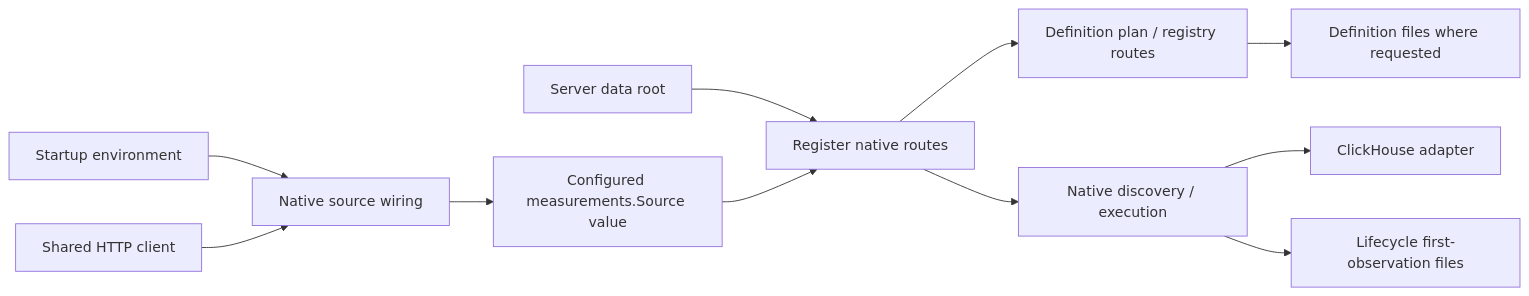
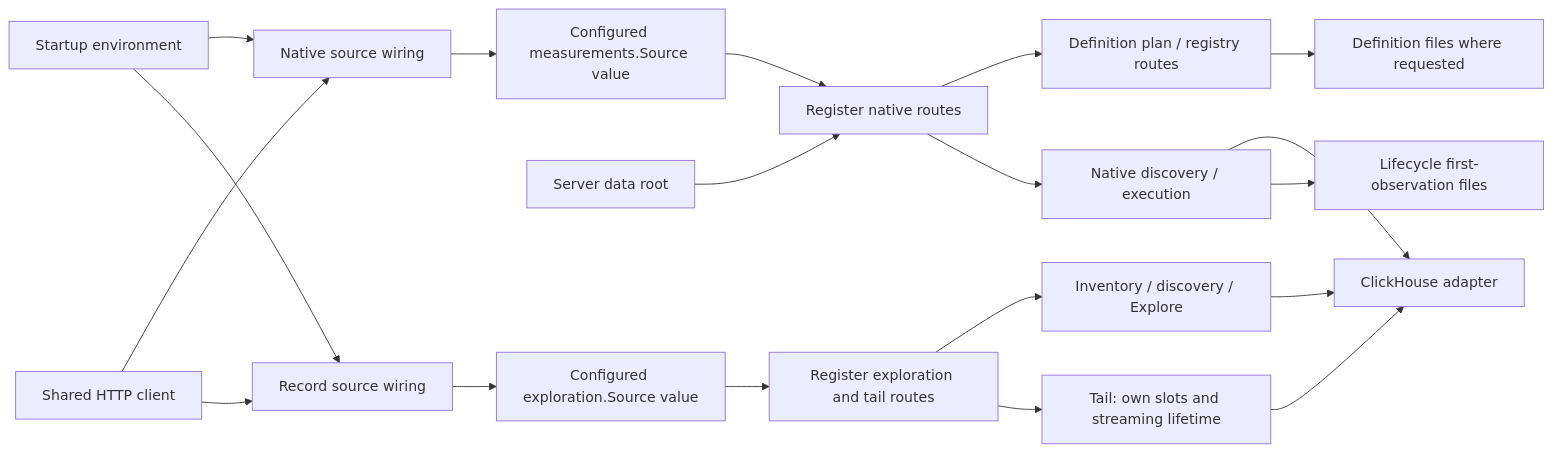
The first of 2 diagrams in docs/HTTP_BOUNDARIES.md (casselc/goo), drawn with Mermaid before and after one commit. The commit also changed other lines of this file and 12 other files, not shown here.

Commit message:
Inject exploration and tail source dependencies at startup

````diff
--- a/docs/HTTP_BOUNDARIES.md
+++ b/docs/HTTP_BOUNDARIES.md
@@ -82,13 +86,21 @@
 ```mermaid
 flowchart LR
   Env[Startup environment] --> Wiring[Native source wiring]
   Client[Shared HTTP client] --> Wiring
   Wiring --> Source[Configured measurements.Source value]
   Root[Server data root] --> Register[Register native routes]
   Source --> Register
   Register --> Pure[Definition plan / registry routes]
   Register --> Run[Native discovery / execution]
   Run --> CH[ClickHouse adapter]
   Run --> Custody[Lifecycle first-observation files]
   Pure --> Files[Definition files where requested]
+  Env --> RecordWiring[Record source wiring]
+  Client --> RecordWiring
+  RecordWiring --> RecordSource[Configured exploration.Source value]
+  RecordSource --> RecordRegister[Register exploration and tail routes]
+  RecordRegister --> Queries[Inventory / discovery / Explore]
+  RecordRegister --> SSE[Tail: own slots and streaming lifetime]
+  Queries --> CH
+  SSE --> CH
 ```
````
